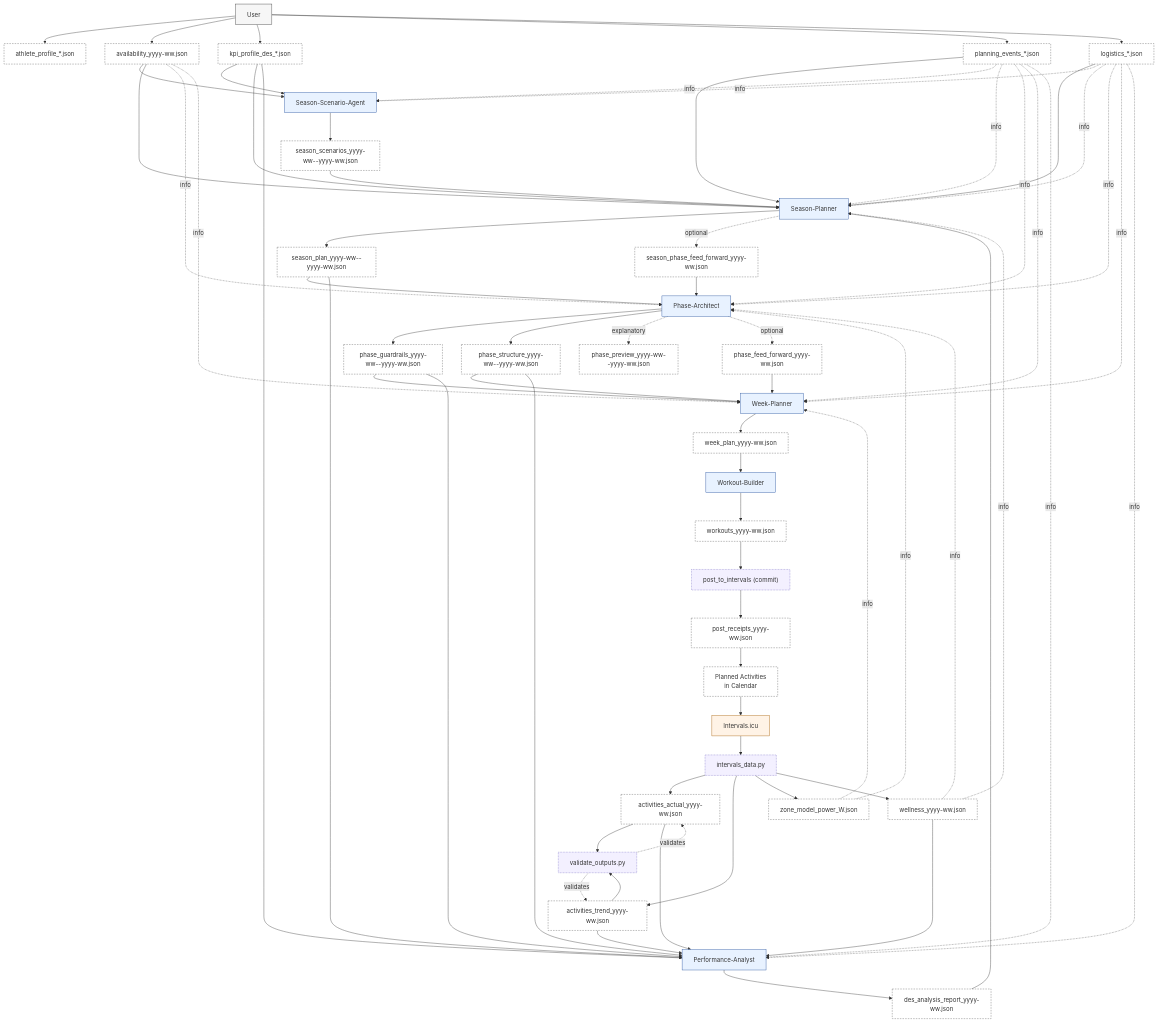
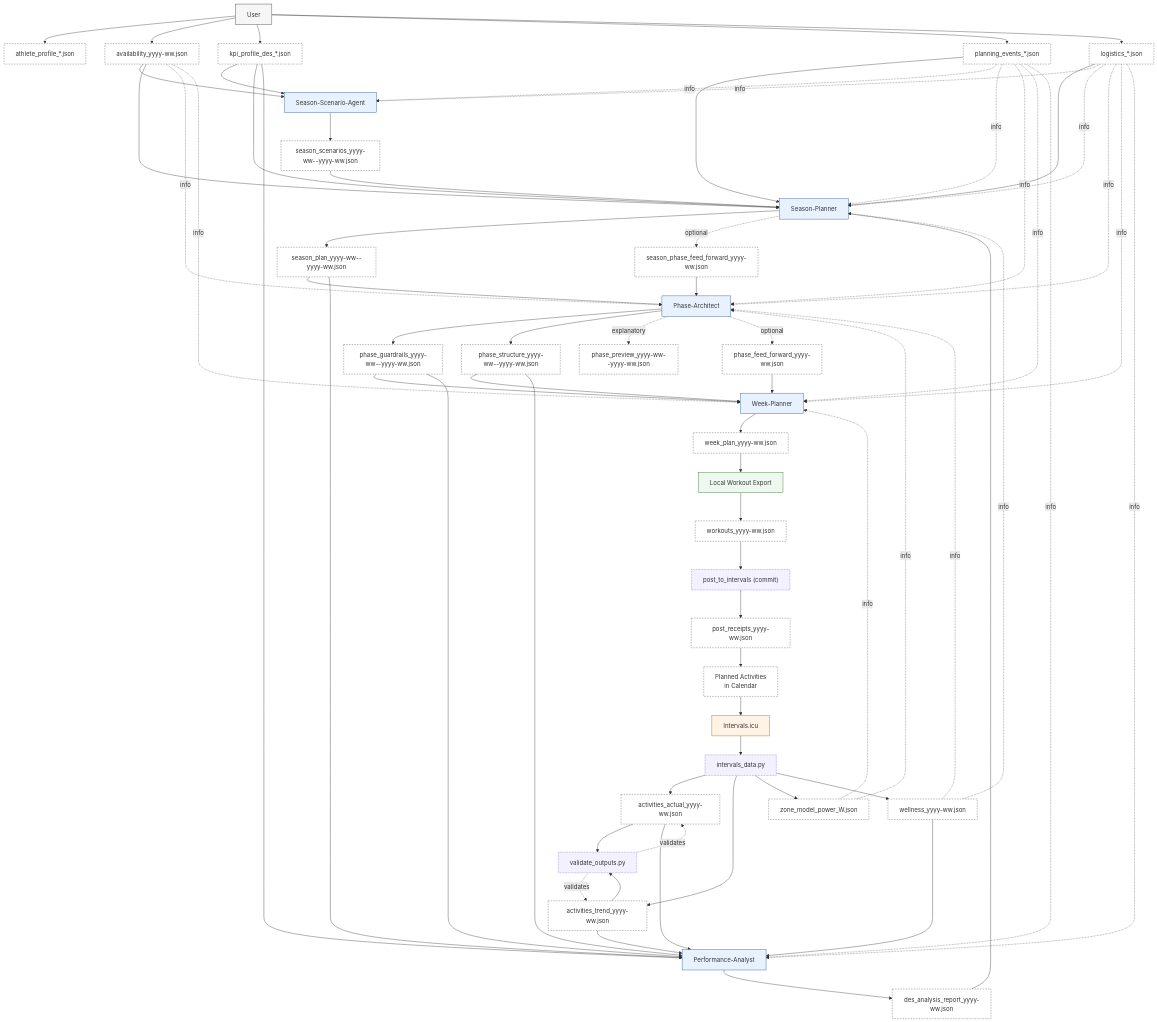
The first of 9 diagrams in doc/overview/artefact_flow.md (albauer-priv/RPS), drawn with Mermaid before and after one commit. The commit also changed other lines of this file and 15 other files, not shown here.

Commit message:
refactor: remove legacy workout builder agent

```diff
--- a/doc/overview/artefact_flow.md
+++ b/doc/overview/artefact_flow.md
@@ -23,7 +23,7 @@
   MA["Season-Planner"]:::agent
   ME["Phase-Architect"]:::agent
   MI["Week-Planner"]:::agent
-  WB["Workout-Builder"]:::agent
+  WB["Local Workout Export"]:::component
   PA["Performance-Analyst"]:::agent
   I["Intervals.icu"]:::external
   EXP["intervals_data.py"]:::script
```
